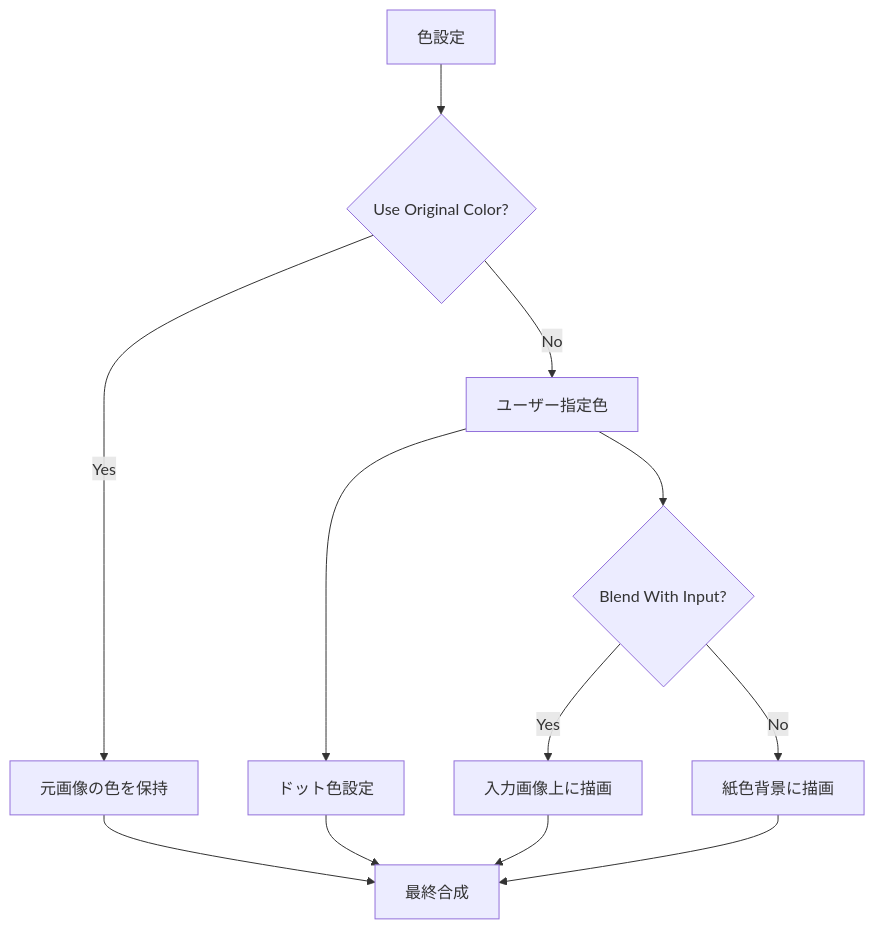
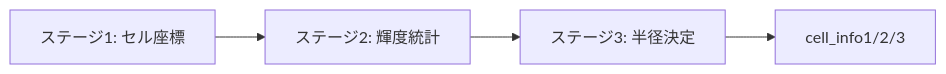
The sixth of 8 diagrams in fuses/MugSimpleHalftone.md (mug-lab-3/DaVinciResolveEffects), drawn with Mermaid before and after one commit. The commit also changed other lines of this file, not shown here.

````diff
--- a/fuses/MugSimpleHalftone.md
+++ b/fuses/MugSimpleHalftone.md
@@ -287,16 +201,6 @@
 ```mermaid
-graph TD
-    A[色設定] --> B{Use Original Color?}
-    B -->|Yes| C[元画像の色を保持]
-    B -->|No| D[ユーザー指定色]
-
-    D --> E[ドット色設定]
-    D --> F{Blend With Input?}
-    F -->|Yes| G[入力画像上に描画]
-    F -->|No| H[紙色背景に描画]
-
-    C --> I[最終合成]
-    E --> I
-    G --> I
-    H --> I
+graph LR
+    A[ステージ1: セル座標] --> B[ステージ2: 輝度統計]
+    B --> C[ステージ3: 半径決定]
+    C --> D[cell_info1/2/3]
 ```
````
